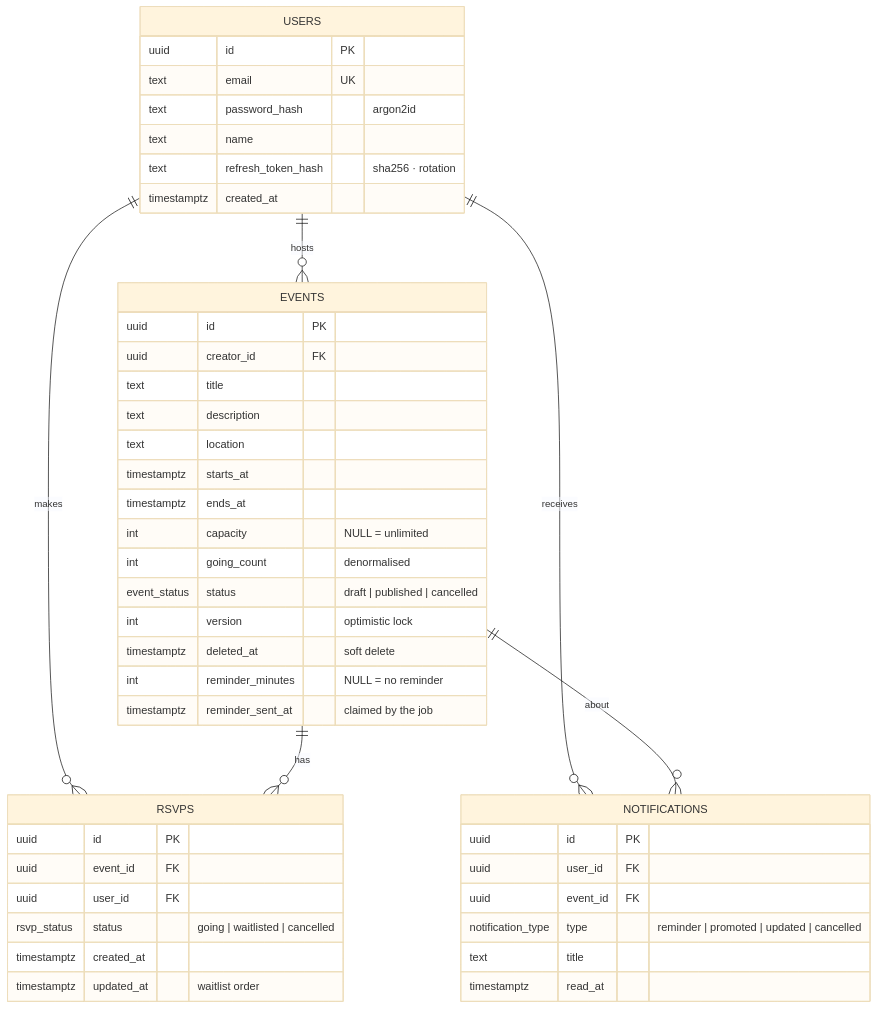
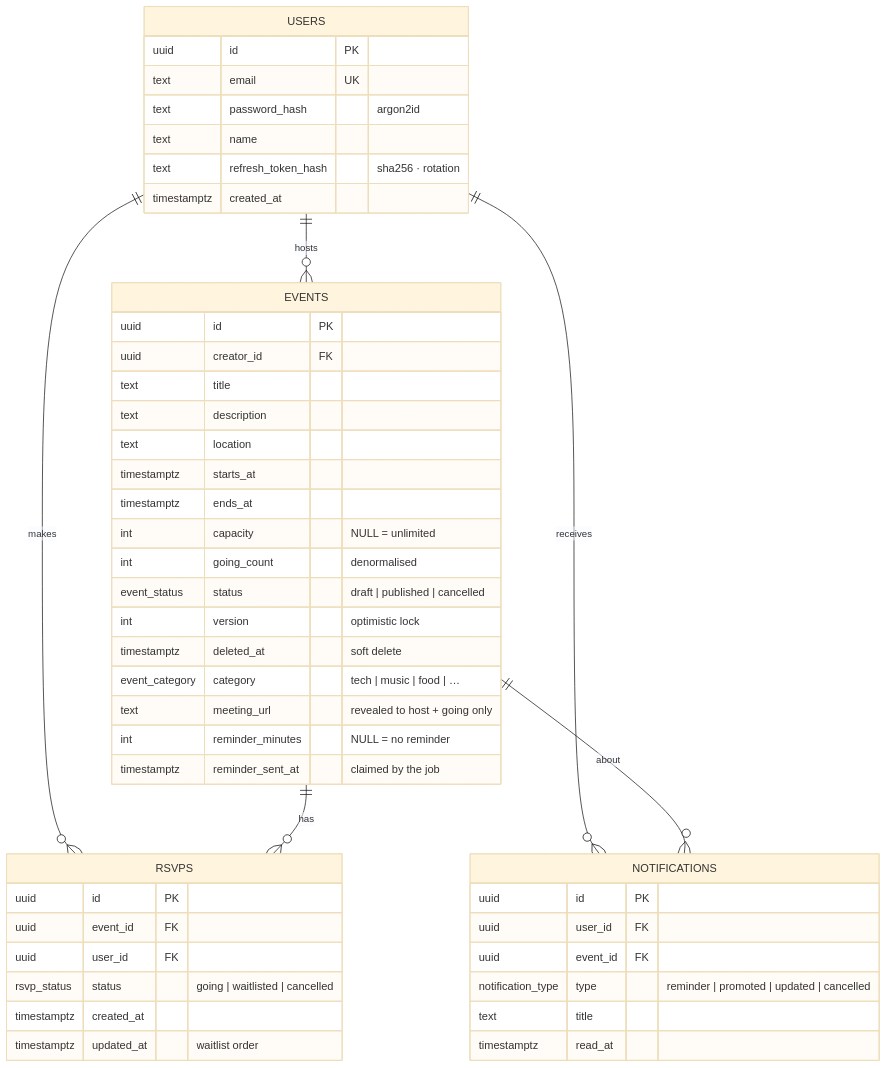
One commit to Harshit-Makraria/rescue-rituals changed the second of 3 diagrams in README.md. Above: the diagram before and after it, drawn with Mermaid (base theme). The commit also changed other lines of this file and 25 other files, not shown here.

First line of the commit message:
Categories, private meeting links, calendar export, host waitlist

````diff
--- a/README.md
+++ b/README.md
@@ -133,48 +137,50 @@
 ```mermaid
 erDiagram
   USERS ||--o{ EVENTS : hosts
   USERS ||--o{ RSVPS : makes
   EVENTS ||--o{ RSVPS : has
   USERS ||--o{ NOTIFICATIONS : receives
   EVENTS ||--o{ NOTIFICATIONS : about
   USERS {
     uuid id PK
     text email UK
     text password_hash "argon2id"
     text name
     text refresh_token_hash "sha256 · rotation"
     timestamptz created_at
   }
   EVENTS {
     uuid id PK
     uuid creator_id FK
     text title
     text description
     text location
     timestamptz starts_at
     timestamptz ends_at
     int capacity "NULL = unlimited"
     int going_count "denormalised"
     event_status status "draft | published | cancelled"
     int version "optimistic lock"
     timestamptz deleted_at "soft delete"
+    event_category category "tech | music | food | …"
+    text meeting_url "revealed to host + going only"
     int reminder_minutes "NULL = no reminder"
     timestamptz reminder_sent_at "claimed by the job"
   }
   RSVPS {
     uuid id PK
     uuid event_id FK
     uuid user_id FK
     rsvp_status status "going | waitlisted | cancelled"
     timestamptz created_at
     timestamptz updated_at "waitlist order"
   }
   NOTIFICATIONS {
     uuid id PK
     uuid user_id FK
     uuid event_id FK
     notification_type type "reminder | promoted | updated | cancelled"
     text title
     timestamptz read_at
   }
 ```
````
